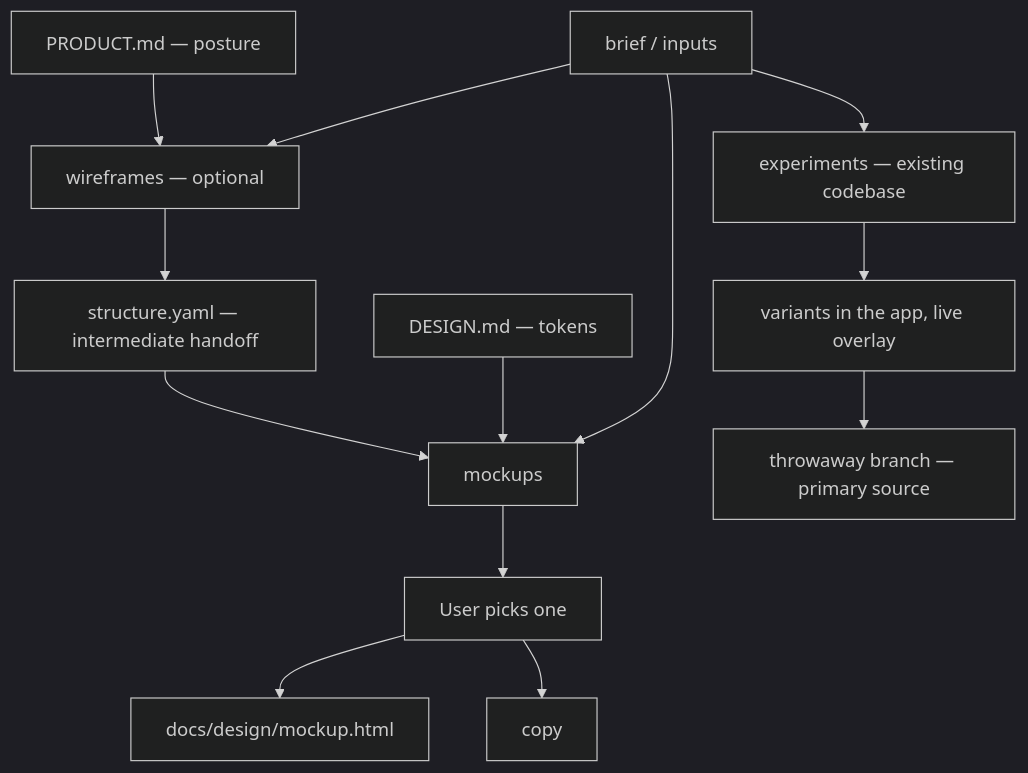
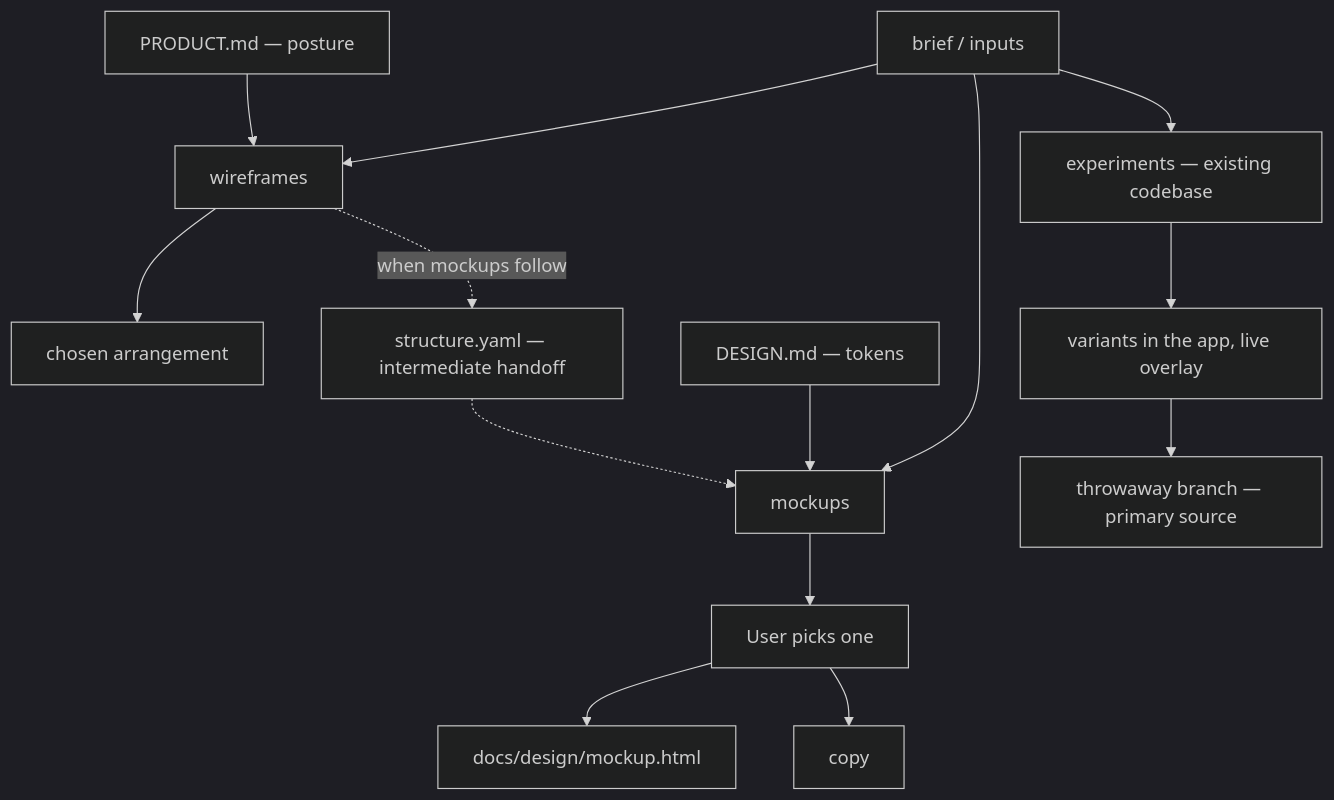
Before and after one commit to adeonir/agent-skills: the diagram in skills/product/craft-ui/README.md, drawn with Mermaid (dark theme). The commit also changed other lines of this file and 2 other files, not shown here.

Commit message:
docs(craft-ui): present wireframes and mockups as independent phases

````diff
--- a/skills/product/craft-ui/README.md
+++ b/skills/product/craft-ui/README.md
@@ -7,15 +7,16 @@
 ```mermaid
 flowchart TD
-    I[brief / inputs] --> W[wireframes — optional]
+    I[brief / inputs] --> W[wireframes]
     P[PRODUCT.md — posture] --> W
-    W --> S[structure.yaml — intermediate handoff]
-    S --> M[mockups]
+    W --> A[chosen arrangement]
+    W -.->|when mockups follow| S[structure.yaml — intermediate handoff]
+    S -.-> M[mockups]
     I --> M
     D[DESIGN.md — tokens] --> M
     M --> Pick[User picks one]
     Pick --> F[docs/design/mockup.html]
     Pick --> C[copy]
     I --> E[experiments — existing codebase]
     E --> V[variants in the app, live overlay]
     V --> R[throwaway branch — primary source]
 ```
````
